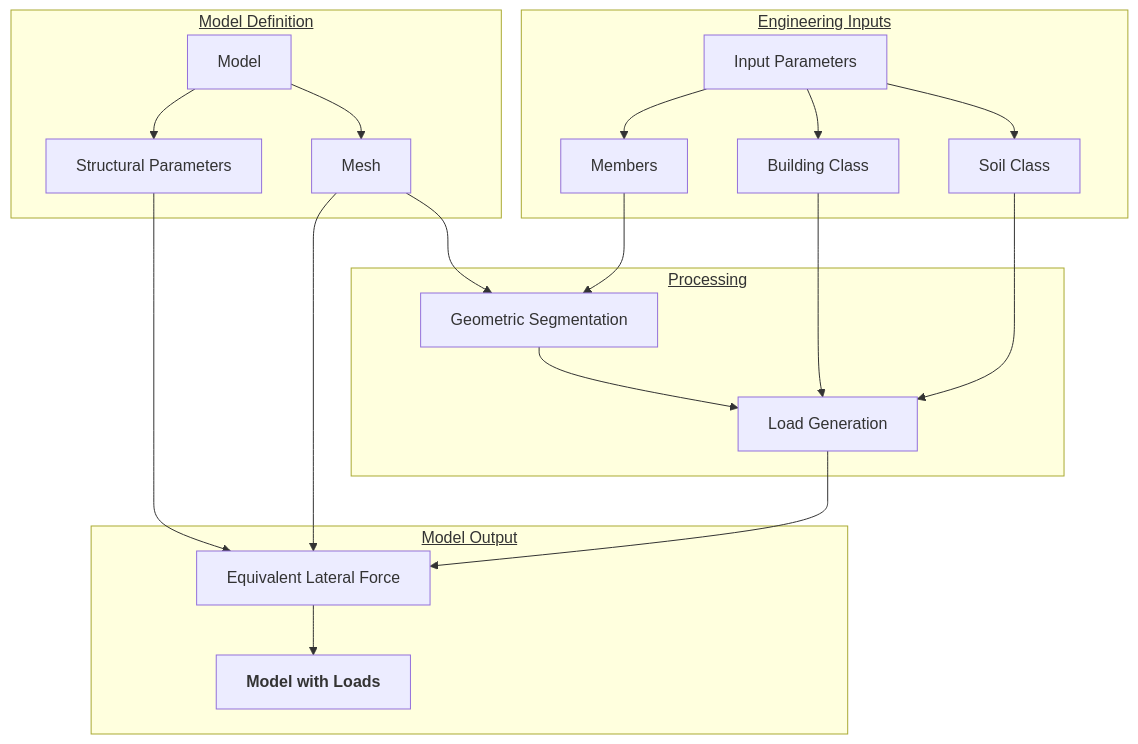
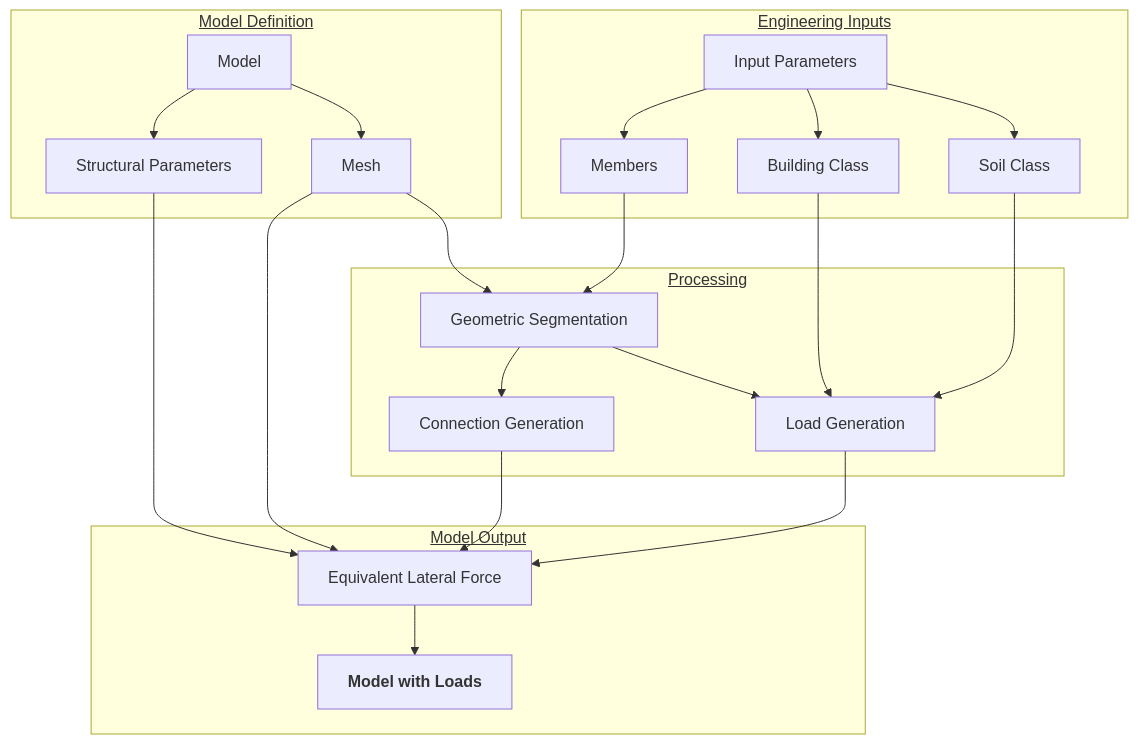
The diagram in docs/tools/equivalent_lateral_force/elf.md (bartutuncay/struceng-doc), drawn with Mermaid before and after one commit. The commit also changed other lines of this file and 5 other files, not shown here.

````diff
--- a/docs/tools/equivalent_lateral_force/elf.md
+++ b/docs/tools/equivalent_lateral_force/elf.md
@@ -7,49 +7,53 @@
 ```mermaid
 flowchart TB
 
     subgraph "<u>Engineering Inputs</u>"
         E[Input Parameters]
         Ea[Building Class]
         Eb[Soil Class]
         Ec[Members]
 
         click Ea "#building-class"
         click Ea "#soil-class"
         click Ec "#geometry-materials-and-connections"
         E --> Ea
         E --> Eb
         E --> Ec
     end
 
     subgraph "<u>Model Definition</u>"
         A[Model]
         D[Structural Parameters]
         B[Mesh]
 
         click A "inputs.md/#geometry-materials-and-connections"
         click D "#geometry-materials-and-connections"
         A --> D
         A --> B
     end
 
     subgraph "<u>Processing</u>"
         F[Geometric Segmentation]
         G[Load Generation]
+        J[Connection Generation]
 
+        click G "#32-load-generation"
         B --> F
         Ec --> F
         F --> G
+        F --> J
         Ea --> G
         Eb --> G
     end
     
     subgraph "<u>Model Output</u>"
         H[Equivalent Lateral Force]
         I[<b>Model with Loads</b>]
 
         D --> H
         B --> H
+        J --> H
         G --> H
         H --> I
     end
 ```
````
